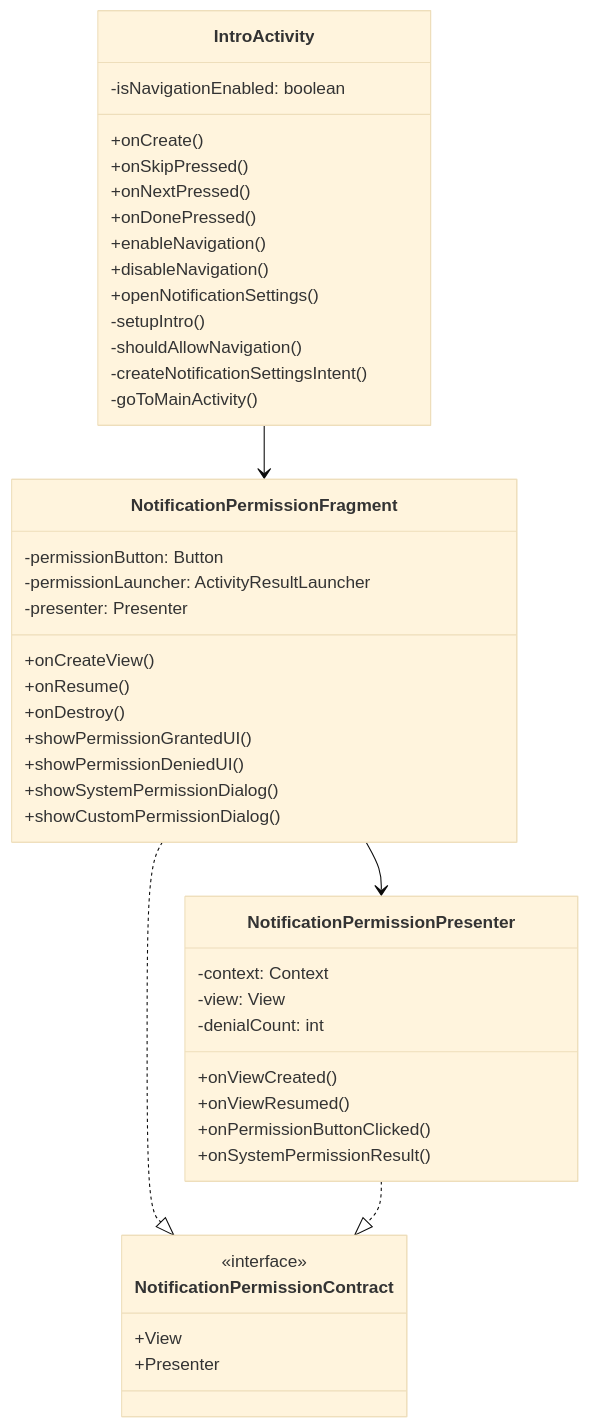
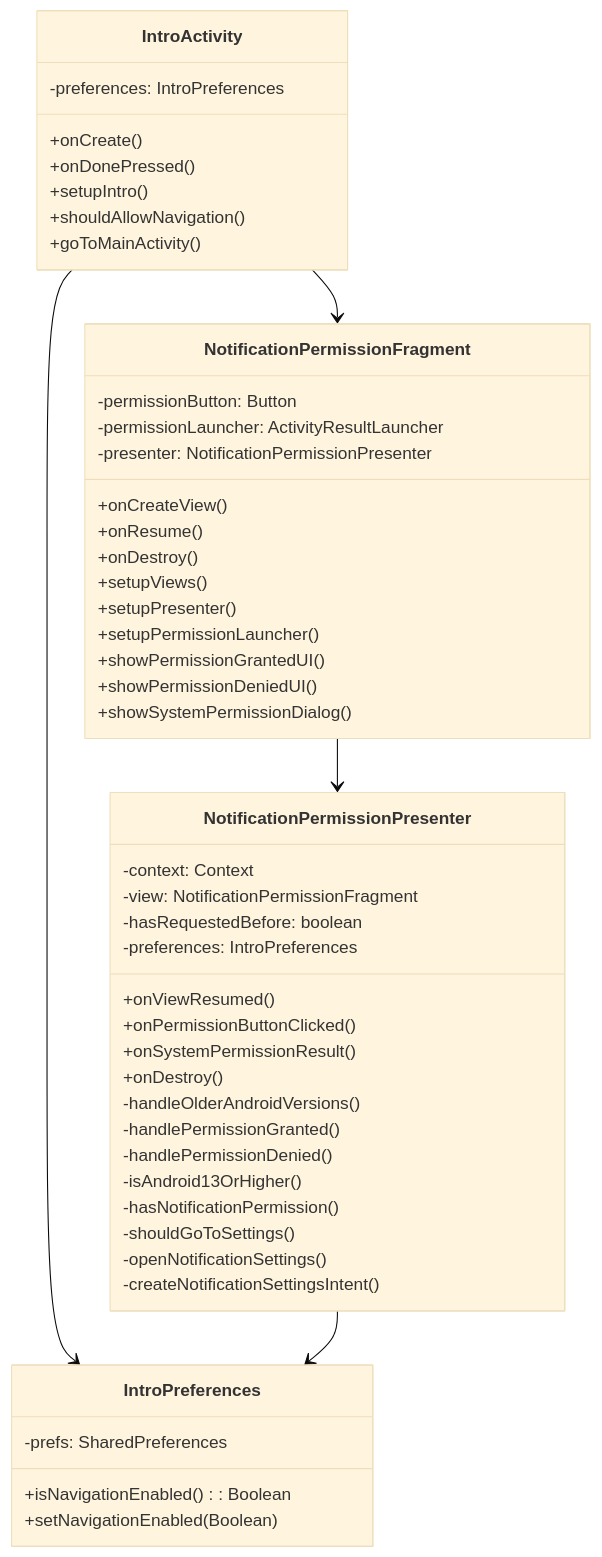
Before and after one commit to David6811/AndroidActivityLifeCycleDemo: the second of 9 diagrams in docs/IntroActivity_Architecture.md, drawn with Mermaid (base theme). The commit also changed other lines of this file and 3 other files, not shown here.

````diff
--- a/docs/IntroActivity_Architecture.md
+++ b/docs/IntroActivity_Architecture.md
@@ -38,51 +40,56 @@
 ```mermaid
 classDiagram
     class IntroActivity {
-        -isNavigationEnabled: boolean
+        -preferences: IntroPreferences
         +onCreate()
-        +onSkipPressed()
-        +onNextPressed()
         +onDonePressed()
-        +enableNavigation()
-        +disableNavigation()
-        +openNotificationSettings()
-        -setupIntro()
-        -shouldAllowNavigation()
-        -createNotificationSettingsIntent()
-        -goToMainActivity()
+        +setupIntro()
+        +shouldAllowNavigation()
+        +goToMainActivity()
     }
     
     class NotificationPermissionFragment {
         -permissionButton: Button
         -permissionLauncher: ActivityResultLauncher
-        -presenter: Presenter
+        -presenter: NotificationPermissionPresenter
         +onCreateView()
         +onResume()
         +onDestroy()
+        +setupViews()
+        +setupPresenter()
+        +setupPermissionLauncher()
         +showPermissionGrantedUI()
         +showPermissionDeniedUI()
         +showSystemPermissionDialog()
-        +showCustomPermissionDialog()
-    }
-    
-    class NotificationPermissionContract {
-        <<interface>>
-        +View
-        +Presenter
     }
     
     class NotificationPermissionPresenter {
         -context: Context
-        -view: View
-        -denialCount: int
-        +onViewCreated()
+        -view: NotificationPermissionFragment
+        -hasRequestedBefore: boolean
+        -preferences: IntroPreferences
         +onViewResumed()
         +onPermissionButtonClicked()
         +onSystemPermissionResult()
+        +onDestroy()
+        -handleOlderAndroidVersions()
+        -handlePermissionGranted()
+        -handlePermissionDenied()
+        -isAndroid13OrHigher()
+        -hasNotificationPermission()
+        -shouldGoToSettings()
+        -openNotificationSettings()
+        -createNotificationSettingsIntent()
+    }
+    
+    class IntroPreferences {
+        -prefs: SharedPreferences
+        +isNavigationEnabled(): Boolean
+        +setNavigationEnabled(Boolean)
     }
     
     IntroActivity --> NotificationPermissionFragment
-    NotificationPermissionFragment ..|> NotificationPermissionContract
-    NotificationPermissionPresenter ..|> NotificationPermissionContract
+    IntroActivity --> IntroPreferences
     NotificationPermissionFragment --> NotificationPermissionPresenter
+    NotificationPermissionPresenter --> IntroPreferences
 ```
````
